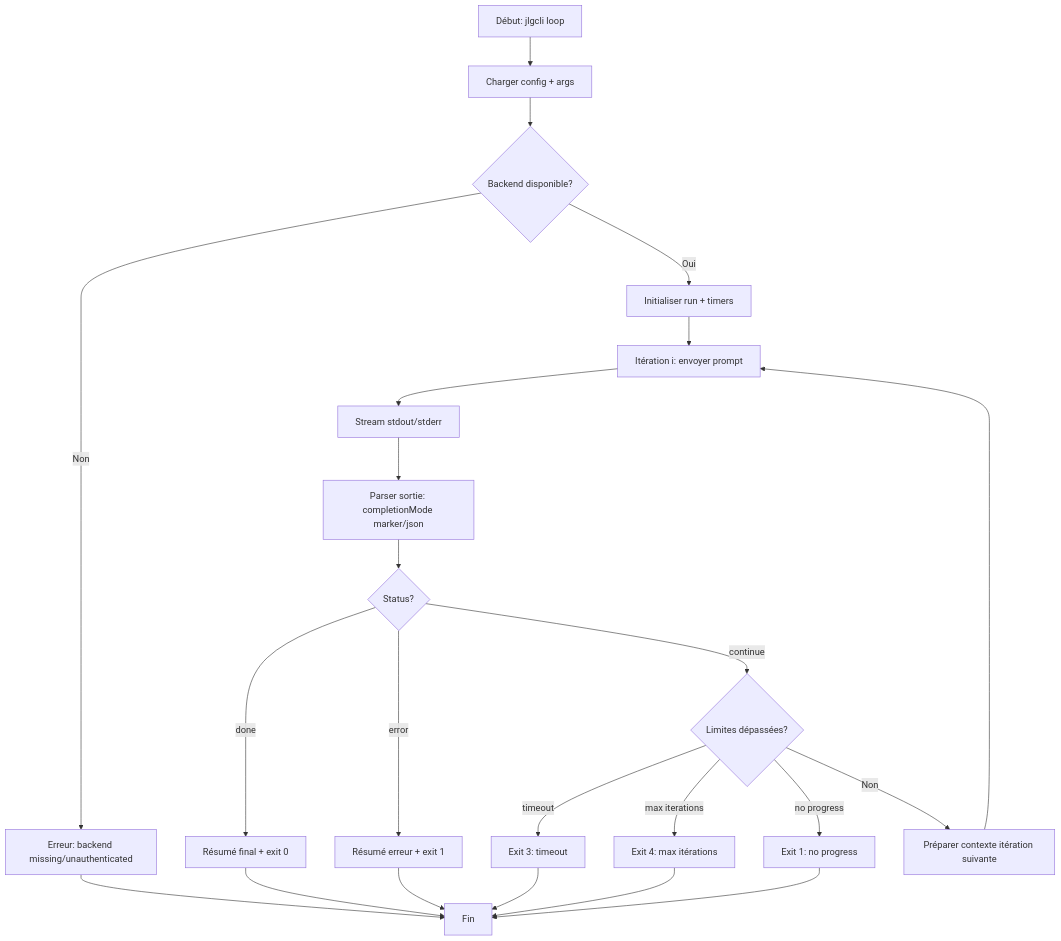
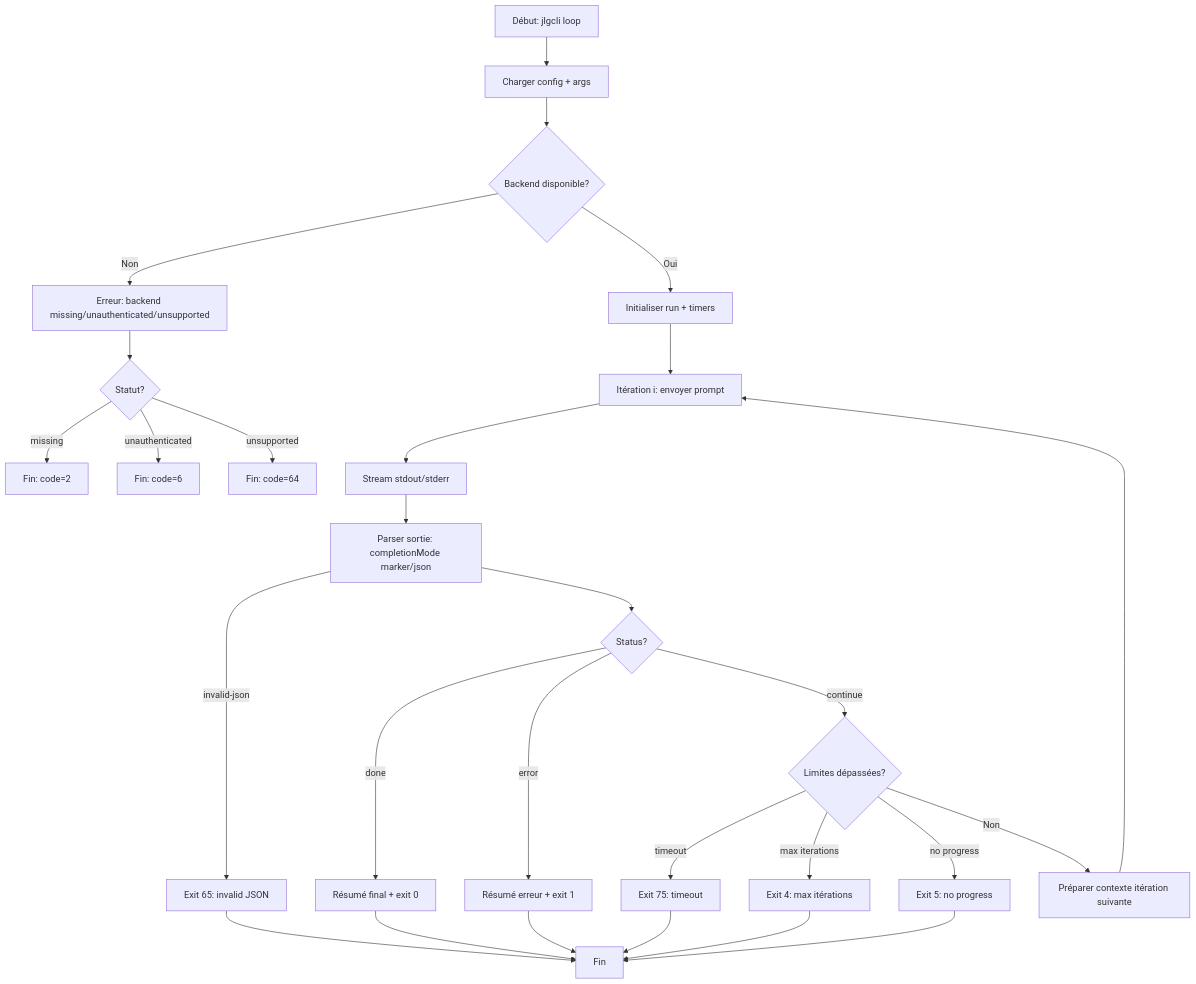
Before and after one commit to jlguenego/ai-cli: the first of 2 diagrams in docs/02-user-stories-flows.md, drawn with Mermaid. The commit also changed other lines of this file and 15 other files, not shown here.

````diff
--- a/docs/02-user-stories-flows.md
+++ b/docs/02-user-stories-flows.md
@@ -195,25 +197,30 @@
 ```mermaid
 flowchart TD
     A[Début: jlgcli loop] --> B[Charger config + args]
     B --> C{Backend disponible?}
-    C -->|Non| C1[Erreur: backend missing/unauthenticated]
-    C1 --> Z[Fin: code=2]
+    C -->|Non| C1[Erreur: backend missing/unauthenticated/unsupported]
+    C1 --> C2{Statut?}
+    C2 -->|missing| Z1[Fin: code=2]
+    C2 -->|unauthenticated| Z2[Fin: code=6]
+    C2 -->|unsupported| Z3[Fin: code=64]
     C -->|Oui| D[Initialiser run + timers]
     D --> E[Itération i: envoyer prompt]
     E --> F[Stream stdout/stderr]
     F --> G[Parser sortie: completionMode marker/json]
+    G -->|invalid-json| J2[Exit 65: invalid JSON]
     G --> H{Status?}
     H -->|done| I[Résumé final + exit 0]
     H -->|error| J[Résumé erreur + exit 1]
     H -->|continue| K{Limites dépassées?}
-    K -->|timeout| L[Exit 3: timeout]
+    K -->|timeout| L[Exit 75: timeout]
     K -->|max iterations| M[Exit 4: max itérations]
-    K -->|no progress| N[Exit 1: no progress]
+    K -->|no progress| N[Exit 5: no progress]
     K -->|Non| O[Préparer contexte itération suivante]
     O --> E
     I --> Z[Fin]
     J --> Z
+    J2 --> Z
     L --> Z
     M --> Z
     N --> Z
 ```
````
